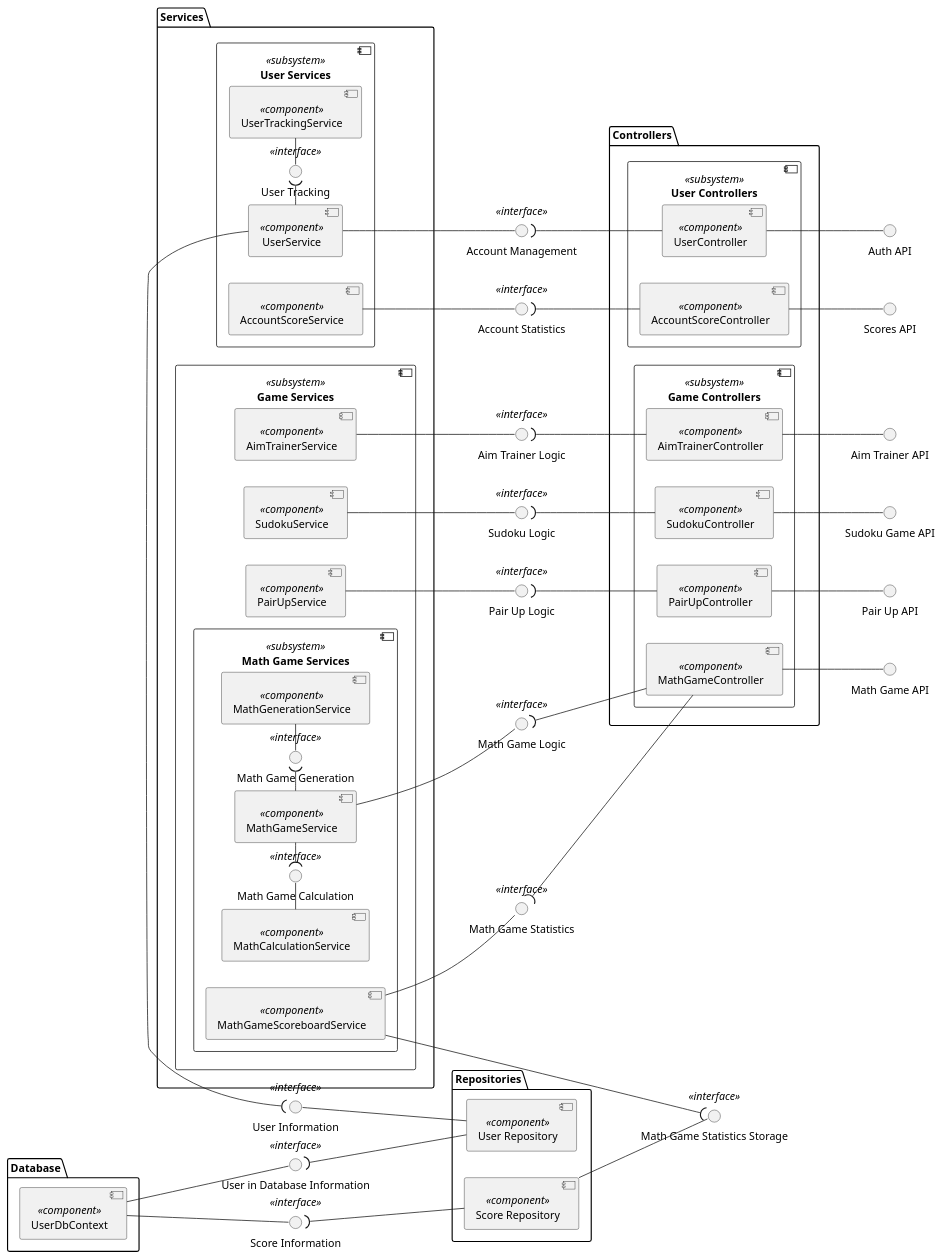
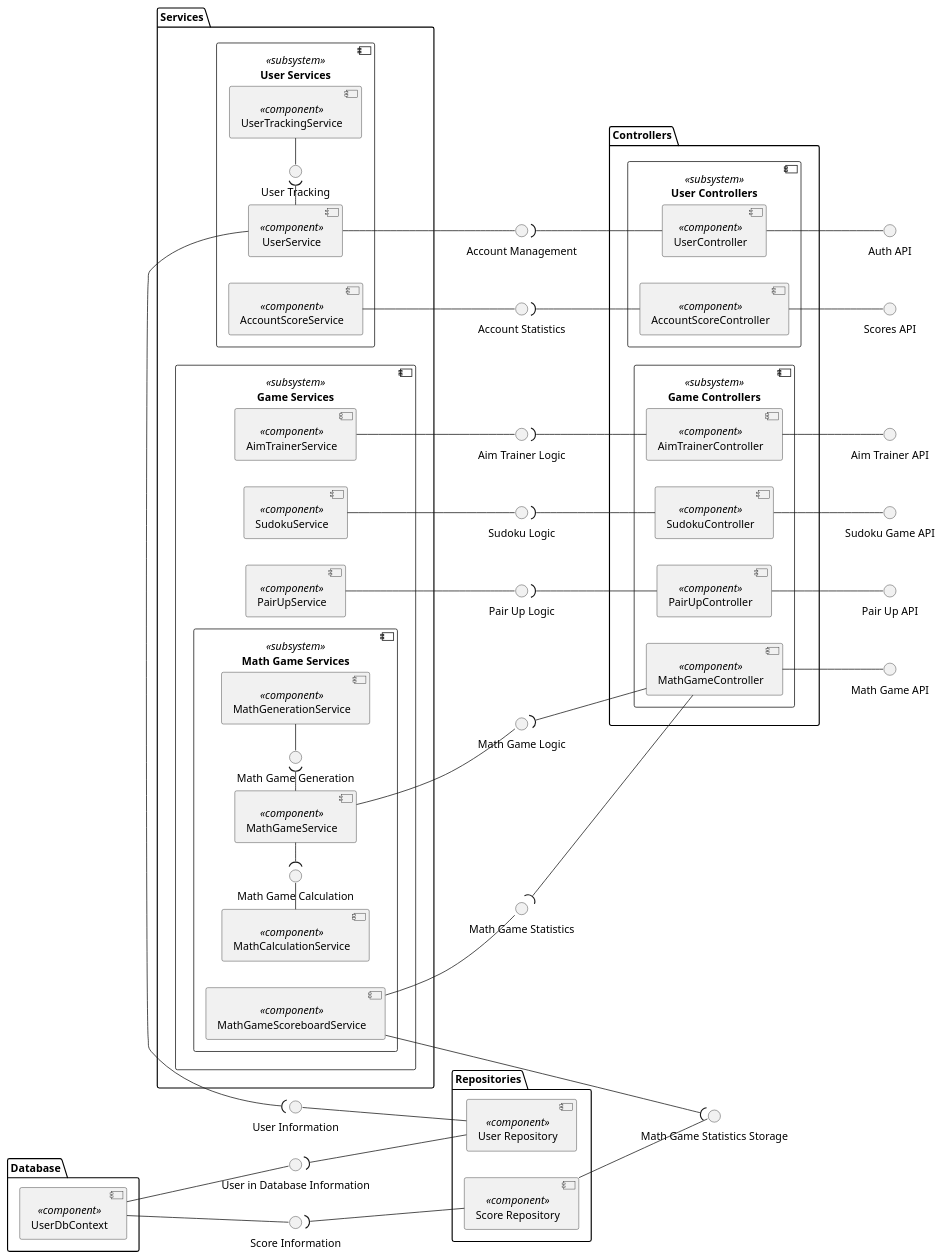
The diagram in Diagrams/components/server_component_diagram.puml (Cryptic5/itsSoOverlief), drawn with PlantUML before and after one commit. The commit also changed 1 other file, not shown here.

Commit message:
remove interface notations from server component diagram

```diff
--- a/Diagrams/components/server_component_diagram.puml
+++ b/Diagrams/components/server_component_diagram.puml
@@ -1,134 +1,134 @@
 @startuml server_component_diagram
 left to right direction
 
 package "Database" {
     [UserDbContext] <<component>> as UserDb
 }
 
 package "Repositories" {
     [User Repository] <<component>> as UserRepo
     [Score Repository] <<component>> as ScoreRepo
     
 }
 
 package "Services" {
     component "User Services" <<subsystem>> {
     [UserService] <<component>> as UserSvc
     [UserTrackingService] <<component>> as UserTrackingSvc
     [AccountScoreService] <<component>> as AccountScoreSvc
 
-    interface "User Tracking" <<interface>> as UserTracking
+    interface "User Tracking"  as UserTracking
     UserTrackingSvc -l-  UserTracking
     UserSvc -r-( UserTracking
     }
     
     component "Game Services" <<subsystem>> {
     [AimTrainerService] <<component>> as AimTrainerSvc
     [SudokuService] <<component>> as SudokuSvc
     [PairUpService] <<component>> as PairUpSvc
         component "Math Game Services" <<subsystem>> {
         [MathCalculationService] <<component>> as MathCalcSvc
         [MathGameService] <<component>> as MathGameSvc
         [MathGameScoreboardService] <<component>> as MathGameScoreboardSvc
         [MathGenerationService] <<component>> as MathGenSvc
 
-        interface "Math Game Calculation" <<interface>> as MathGameCalc
-        interface "Math Game Generation" <<interface>> as MathGameGen
+        interface "Math Game Calculation"  as MathGameCalc
+        interface "Math Game Generation"  as MathGameGen
 
         MathGenSvc -l-  MathGameGen
         MathGameSvc -r-(  MathGameGen
         MathCalcSvc -r- MathGameCalc
         MathGameSvc -l-(  MathGameCalc
         
 
 
     }
 }
 }
 
     
 package "Controllers"  {
     
     component "Game Controllers" <<subsystem>> {
         [MathGameController] <<component>> as MathGameCtrl
         [SudokuController] <<component>> as SudokuGameCtrl
         [PairUpController] <<component>> as PairUpCtrl
         [AimTrainerController] <<component>> as AimTrainerCtrl
     }
     component "User Controllers" <<subsystem>> {
         [UserController] <<component>> as UserCtrl
         [AccountScoreController] <<component>> as AccountScoreCtrl
     }
 }
 
-interface "Math Game Logic" <<interface>> as MathGameLogic
+interface "Math Game Logic"  as MathGameLogic
 
-interface "Math Game Statistics" <<interface>> as MathGameScore
+interface "Math Game Statistics"  as MathGameScore
 
 MathGameSvc -- MathGameLogic
 MathGameScoreboardSvc -- MathGameScore
 
 MathGameLogic )--  MathGameCtrl
 
 MathGameScore )--  MathGameCtrl
 
 
-interface "Pair Up Logic" <<interface>> as PairUpLogic
+interface "Pair Up Logic"  as PairUpLogic
 
 PairUpSvc -- PairUpLogic
 PairUpLogic )-- PairUpCtrl
 
-interface "Aim Trainer Logic" <<interface>> as AimTrainerLogic
+interface "Aim Trainer Logic"  as AimTrainerLogic
 
 AimTrainerSvc -- AimTrainerLogic
 AimTrainerLogic )-- AimTrainerCtrl
 
-interface "Sudoku Logic" <<interface>> as SudokuLogic
+interface "Sudoku Logic"  as SudokuLogic
 
 SudokuSvc -- SudokuLogic
 SudokuLogic )-- SudokuGameCtrl
 
-interface "Account Statistics" <<interface>> as AccountStats
+interface "Account Statistics"  as AccountStats
 
 AccountScoreSvc -d- AccountStats
 AccountStats )-- AccountScoreCtrl
 
-interface "Account Management" <<interface>> as AccountManagement
+interface "Account Management"  as AccountManagement
 UserSvc --  AccountManagement
 AccountManagement )--  UserCtrl
 
-interface "Math Game Statistics Storage" <<interface>> as MathGameScoreboardStorage
+interface "Math Game Statistics Storage"  as MathGameScoreboardStorage
 
 MathGameScoreboardStorage )--  MathGameScoreboardSvc
 ScoreRepo --  MathGameScoreboardStorage
 
 
-interface "User Information" <<interface>> as UserInfo
+interface "User Information"  as UserInfo
 UserRepo -u-   UserInfo
 UserSvc -r-(  UserInfo
 
-interface "Score Information" <<interface>> as ScoreInfo
+interface "Score Information"  as ScoreInfo
 UserDb -d- ScoreInfo
 ScoreRepo -l-(  ScoreInfo
 
-interface "User in Database Information" <<interface>> as UserInfoDb
+interface "User in Database Information"  as UserInfoDb
 UserDb -- UserInfoDb
 UserInfoDb )-- UserRepo
 
 interface "Scores API" as ScoresAPI
 interface "Auth API" as AuthAPI
 interface "Sudoku Game API" as SudokuAPI
 interface "Math Game API" as MathAPI
 interface "Pair Up API" as PairUpAPI
 interface "Aim Trainer API" as AimTrainerAPI
 
 AccountScoreCtrl -- ScoresAPI
 UserCtrl -- AuthAPI
 MathGameCtrl -- MathAPI
 SudokuGameCtrl -- SudokuAPI
 PairUpCtrl -- PairUpAPI
 AimTrainerCtrl -- AimTrainerAPI
 
 
 
 @enduml
```
